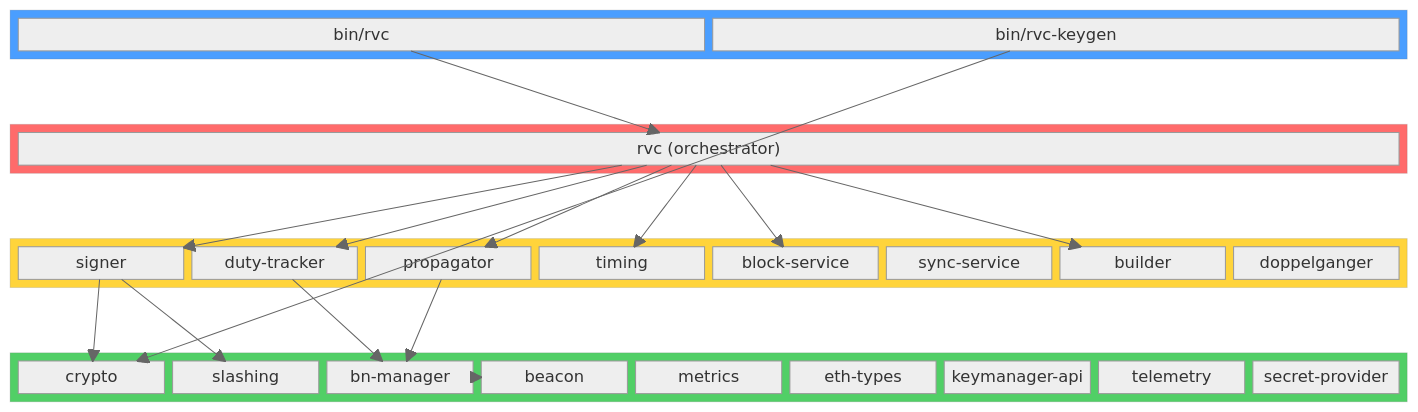
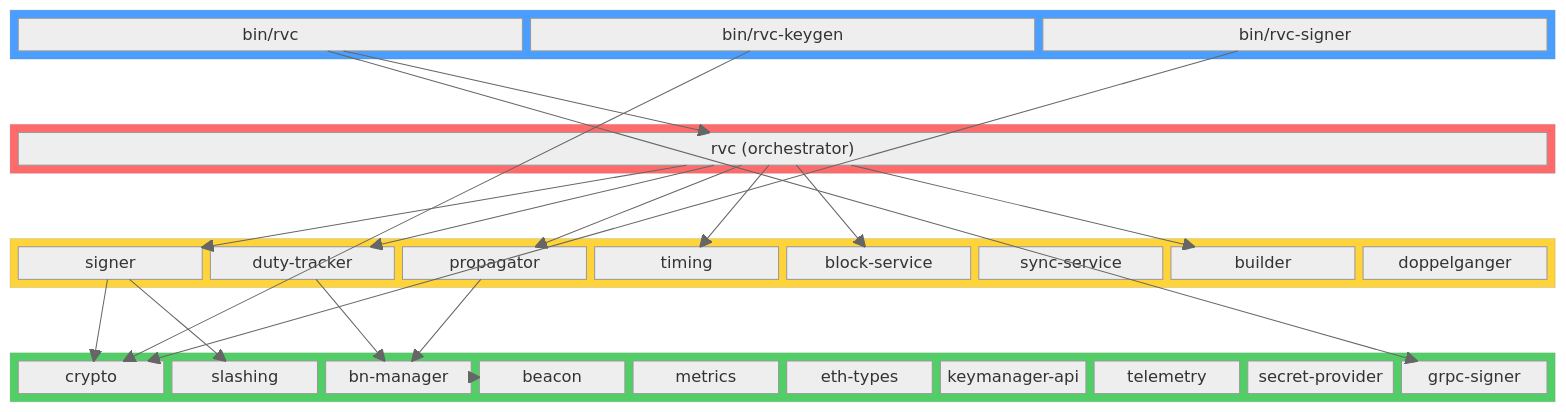
The third of 8 diagrams in ARCHITECTURE.md (dsrvlabs/rvc), drawn with Mermaid (neutral theme) before and after one commit. The commit also changed other lines of this file and 1 other file, not shown here.

First line of the commit message:
docs: add rvc-signer and grpc-signer to architecture and running guide

````diff
--- a/ARCHITECTURE.md
+++ b/ARCHITECTURE.md
@@ -166,61 +182,65 @@
 ```mermaid
 block-beta
     columns 8
 
     block:binary:8
         BIN["bin/rvc"]
         KEYGEN["bin/rvc-keygen"]
+        SIGBIN["bin/rvc-signer"]
     end
 
     space:8
 
     block:orchestrator:8
         RVC["rvc (orchestrator)"]
     end
 
     space:8
 
     block:domain:8
         SIGNER["signer"]
         DUTY["duty-tracker"]
         PROP["propagator"]
         TIMING["timing"]
         BLOCK["block-service"]
         SYNC["sync-service"]
         BUILD["builder"]
         DOPP["doppelganger"]
     end
 
     space:8
 
     block:foundation:8
         CRYPTO["crypto"]
         SLASHING["slashing"]
         BNM["bn-manager"]
         BEACON["beacon"]
         METRICS["metrics"]
         ETH["eth-types"]
         KMA["keymanager-api"]
         TEL["telemetry"]
         SP["secret-provider"]
+        GRPCSIGNER["grpc-signer"]
     end
 
     BIN --> RVC
+    BIN --> GRPCSIGNER
     KEYGEN --> CRYPTO
+    SIGBIN --> CRYPTO
     RVC --> SIGNER
     RVC --> DUTY
     RVC --> PROP
     RVC --> TIMING
     RVC --> BLOCK
     RVC --> BUILD
     SIGNER --> CRYPTO
     SIGNER --> SLASHING
     DUTY --> BNM
     PROP --> BNM
     BNM --> BEACON
 
     style binary fill:#4a9eff,color:#fff
     style orchestrator fill:#ff6b6b,color:#fff
     style domain fill:#ffd43b,color:#333
     style foundation fill:#51cf66,color:#fff
 ```
````
